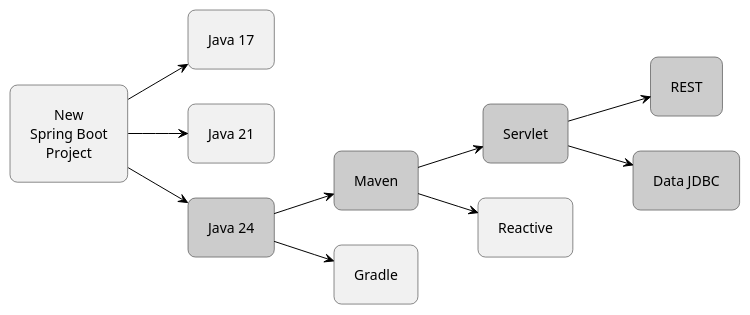
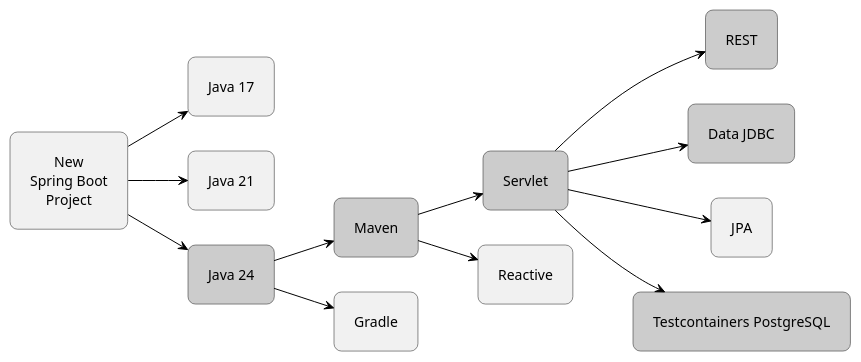
One commit to jabrena/101-cursor changed the diagram in demos/demo_09_requirements/plantuml/decision-tree-spring-boot.plantuml. Above: the diagram before and after it, drawn with PlantUML. The commit also changed 159 other files, not shown here.

```diff
--- a/demos/demo_09_requirements/plantuml/decision-tree-spring-boot.plantuml
+++ b/demos/demo_09_requirements/plantuml/decision-tree-spring-boot.plantuml
@@ -1,35 +1,39 @@
 @startuml
 
 skinparam backgroundColor transparent
 skinparam RoundCorner 15
 skinparam Padding 10
 skinparam defaultTextAlignment center
 skinparam ArrowColor black
 
 left to right direction
 
 rectangle "New\nSpring Boot\nProject" as project
 rectangle "Java 17" as java17
-rectangle "Java 21" as java21 
+rectangle "Java 21" as java21
 rectangle "Java 24" as java24 #cccccc
 rectangle "Maven" as maven #cccccc
-rectangle "Gradle" as gradle 
+rectangle "Gradle" as gradle
 rectangle "Servlet" as servlet #cccccc
-rectangle "Reactive" as reactive 
+rectangle "Reactive" as reactive
 rectangle "REST" as rest #cccccc
-rectangle "Data JDBC" as jdbc #cccccc 
+rectangle "Data JDBC" as jdbc #cccccc
+rectangle "JPA" as jpa
+rectangle "Testcontainers PostgreSQL" as testcontainers #cccccc
 
 project --> java17
 project --> java21
 project --> java24
 
 java24 --> maven
 java24 --> gradle
 
 maven --> servlet
 maven --> reactive
 
 servlet --> rest
 servlet --> jdbc
+servlet --> jpa
+servlet --> testcontainers
 
 @enduml
```
